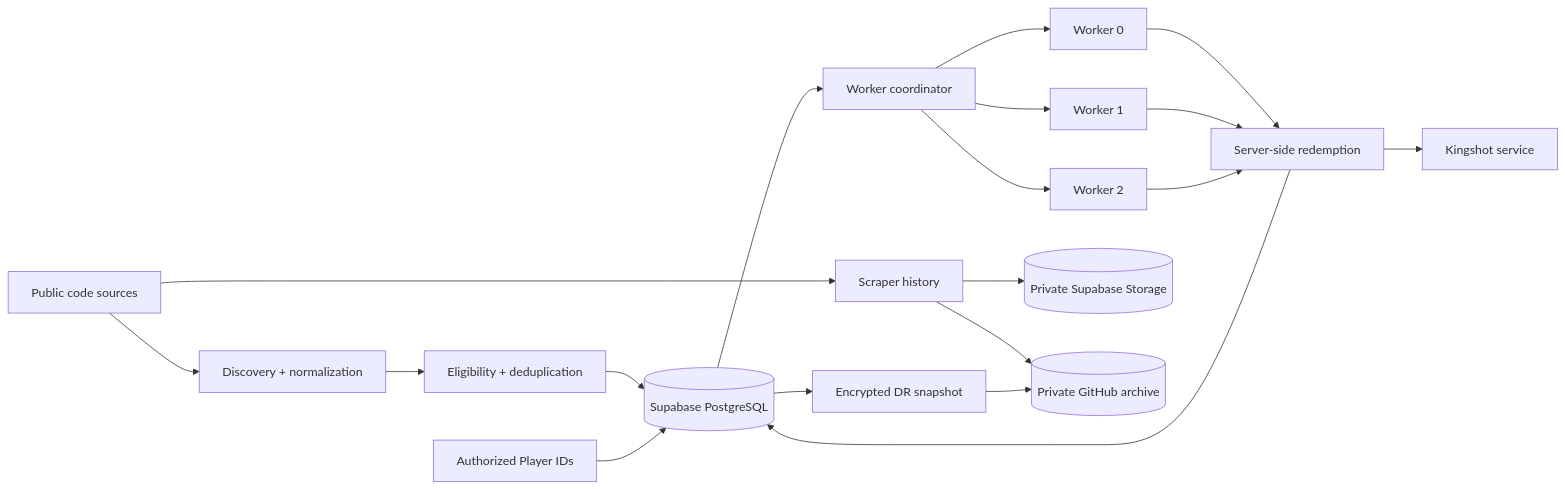
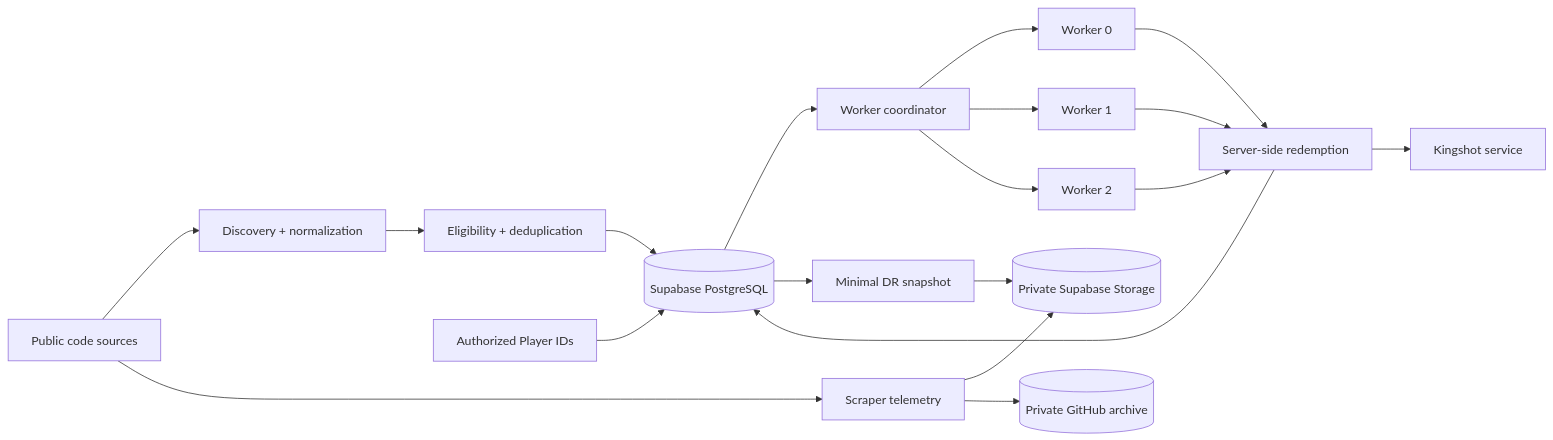
One commit to Judson-web/kingshot-auto-redeemer changed the first of 2 diagrams in README.md. Above: the diagram before and after it, drawn with Mermaid. The commit also changed other lines of this file, not shown here.

````diff
--- a/README.md
+++ b/README.md
@@ -45,21 +60,21 @@
 ```mermaid
 flowchart LR
     A[Public code sources] --> B[Discovery + normalization]
     B --> C[Eligibility + deduplication]
     C --> D[(Supabase PostgreSQL)]
     P[Authorized Player IDs] --> D
     D --> E[Worker coordinator]
     E --> W0[Worker 0]
     E --> W1[Worker 1]
     E --> W2[Worker 2]
     W0 --> R[Server-side redemption]
     W1 --> R
     W2 --> R
     R --> K[Kingshot service]
     R --> D
-    A --> H[Scraper history]
+    A --> H[Scraper telemetry]
     H --> S[(Private Supabase Storage)]
     H --> G[(Private GitHub archive)]
-    D --> V[Encrypted DR snapshot]
-    V --> G
+    D --> V[Minimal DR snapshot]
+    V --> S
 ```
````
